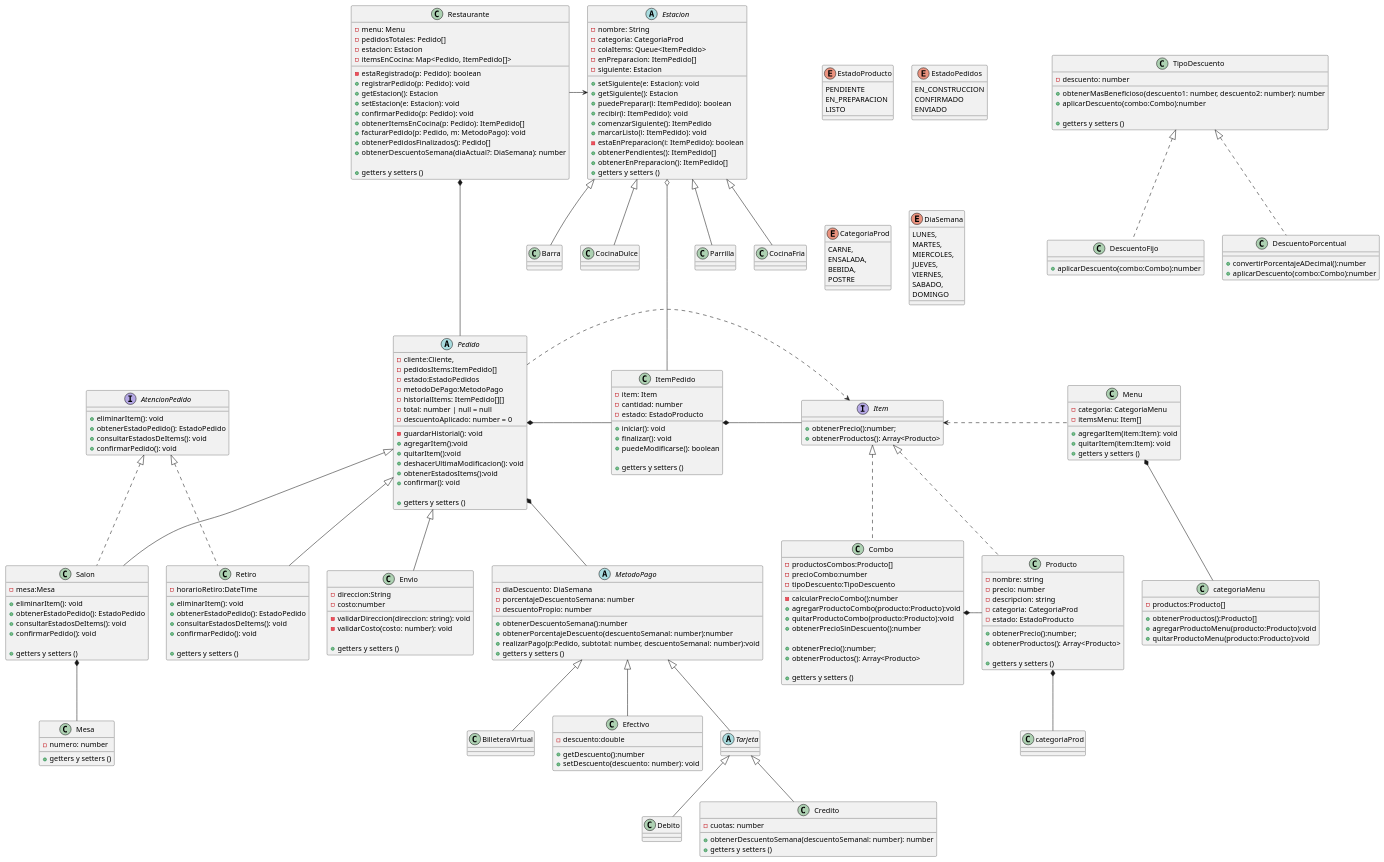
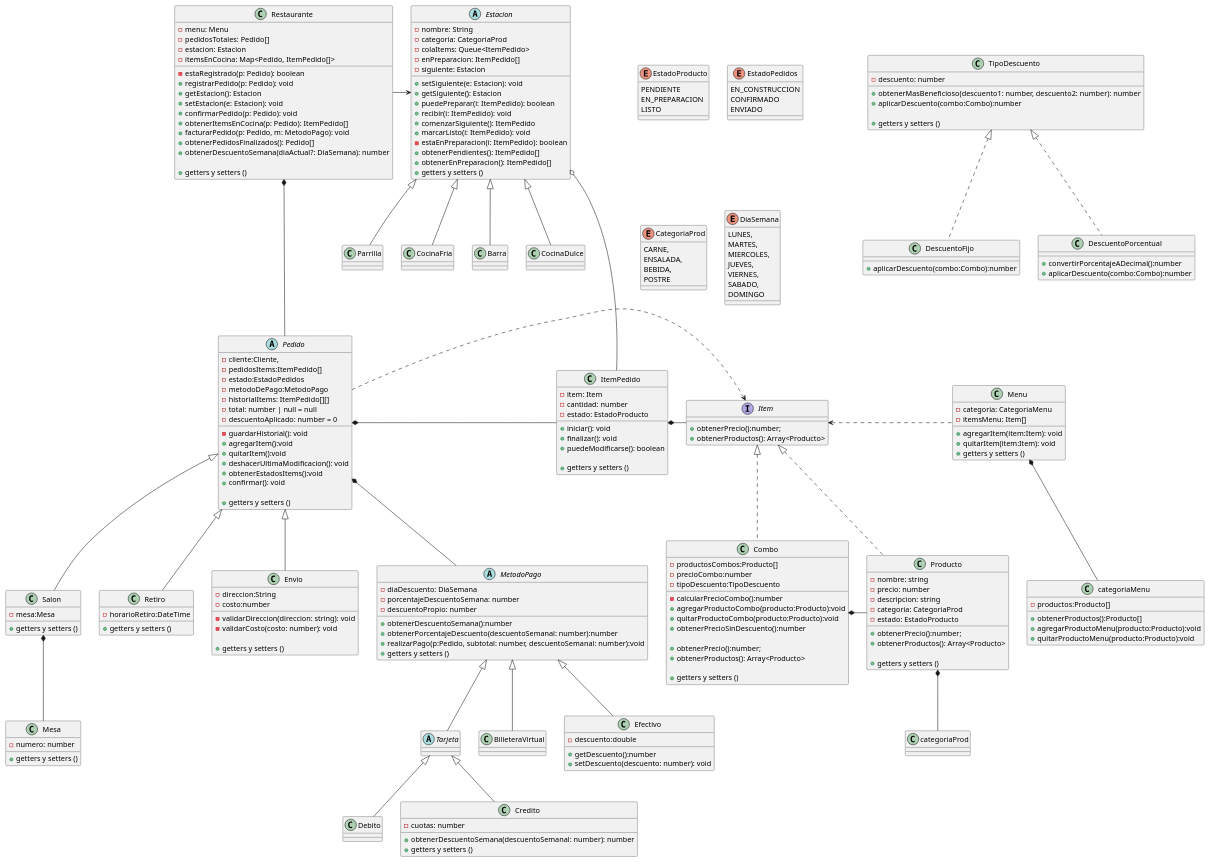
One commit to mdtortorelli/tp-progra2-grupo9 changed the diagram in diagramas/TP-FOGON.puml. Above: the diagram before and after it, drawn with PlantUML. The commit also changed 15 other files, not shown here.

Commit message:
se agregan test faltantes, se elimina AtencionPedido, se ajustan los pedidos de retiro y salon

```diff
--- a/diagramas/TP-FOGON.puml
+++ b/diagramas/TP-FOGON.puml
@@ -38,25 +38,15 @@
     + getters y setters ()    
 }
 
-class Salon extends Pedido implements AtencionPedido{
+class Salon extends Pedido {
     - mesa:Mesa
-
-    + eliminarItem(): void
-    + obtenerEstadoPedido(): EstadoPedido
-    + consultarEstadosDeItems(): void
-    + confirmarPedido(): void
-
+  
     + getters y setters () 
 }
 
-class Retiro extends Pedido implements AtencionPedido{
+class Retiro extends Pedido {
     - horarioRetiro:DateTime
-
-    + eliminarItem(): void
-    + obtenerEstadoPedido(): EstadoPedido
-    + consultarEstadosDeItems(): void
-    + confirmarPedido(): void
-
+    
     + getters y setters () 
 }
 
@@ -100,13 +90,6 @@
     - numero: number
 
     + getters y setters ()
-}
-
-interface AtencionPedido{
-    + eliminarItem(): void
-    + obtenerEstadoPedido(): EstadoPedido
-    + consultarEstadosDeItems(): void
-    + confirmarPedido(): void
 }
 
 class Producto implements Item {
```
